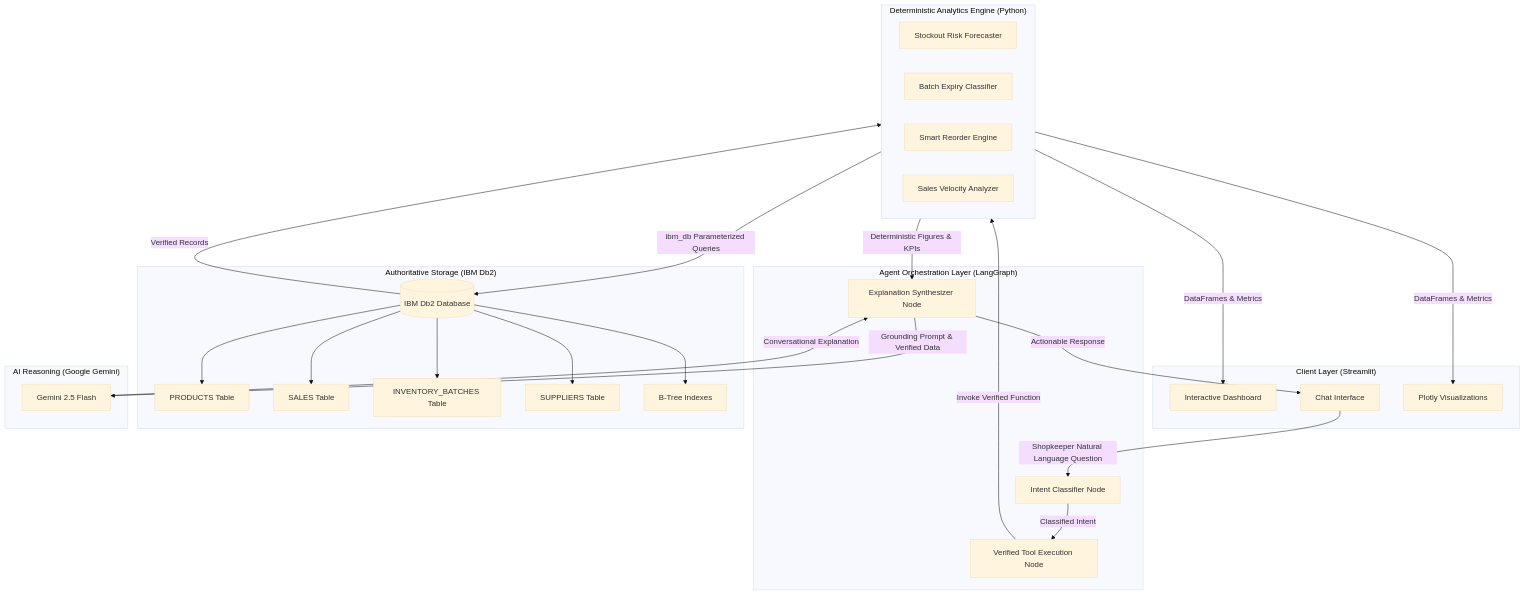
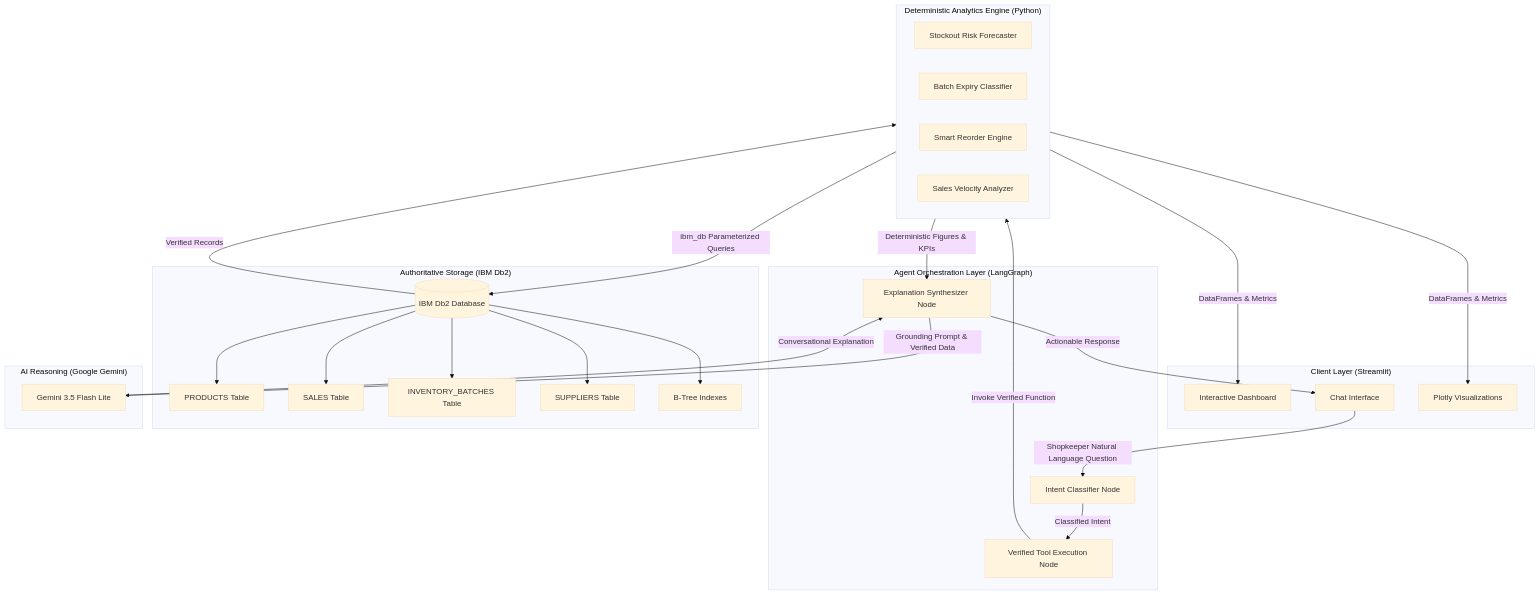
The diagram in submissions/stock-sage/architecture.md (KunalGolaIBM/IBM_Db2_TechX_Project_Submission), drawn with Mermaid (base theme) before and after one commit. The commit also changed 3 other files, not shown here.

````diff
--- a/submissions/stock-sage/architecture.md
+++ b/submissions/stock-sage/architecture.md
@@ -14,46 +14,46 @@
 ```mermaid
 flowchart TD
     subgraph UI ["Client Layer (Streamlit)"]
         A1[Interactive Dashboard]
         A2[Chat Interface]
         A3[Plotly Visualizations]
     end
 
     subgraph LangGraph ["Agent Orchestration Layer (LangGraph)"]
         B1[Intent Classifier Node]
         B2[Verified Tool Execution Node]
         B3[Explanation Synthesizer Node]
     end
 
     subgraph Analytics ["Deterministic Analytics Engine (Python)"]
         C1[Stockout Risk Forecaster]
         C2[Batch Expiry Classifier]
         C3[Smart Reorder Engine]
         C4[Sales Velocity Analyzer]
     end
 
     subgraph DbLayer ["Authoritative Storage (IBM Db2)"]
         D1[(IBM Db2 Database)]
         D2[PRODUCTS Table]
         D3[SALES Table]
         D4[INVENTORY_BATCHES Table]
         D5[SUPPLIERS Table]
         D6[B-Tree Indexes]
     end
 
     subgraph LLM ["AI Reasoning (Google Gemini)"]
-        E1[Gemini 2.5 Flash]
+        E1[Gemini 3.5 Flash Lite]
     end
 
     A2 -->|Shopkeeper Natural Language Question| B1
     B1 -->|Classified Intent| B2
     B2 -->|Invoke Verified Function| Analytics
     Analytics -->|ibm_db Parameterized Queries| D1
     D1 --> D2 & D3 & D4 & D5 & D6
     D1 -->|Verified Records| Analytics
     Analytics -->|Deterministic Figures & KPIs| B3
     B3 -->|Grounding Prompt & Verified Data| E1
     E1 -->|Conversational Explanation| B3
     B3 -->|Actionable Response| A2
     Analytics -->|DataFrames & Metrics| A1 & A3
 ```
````
